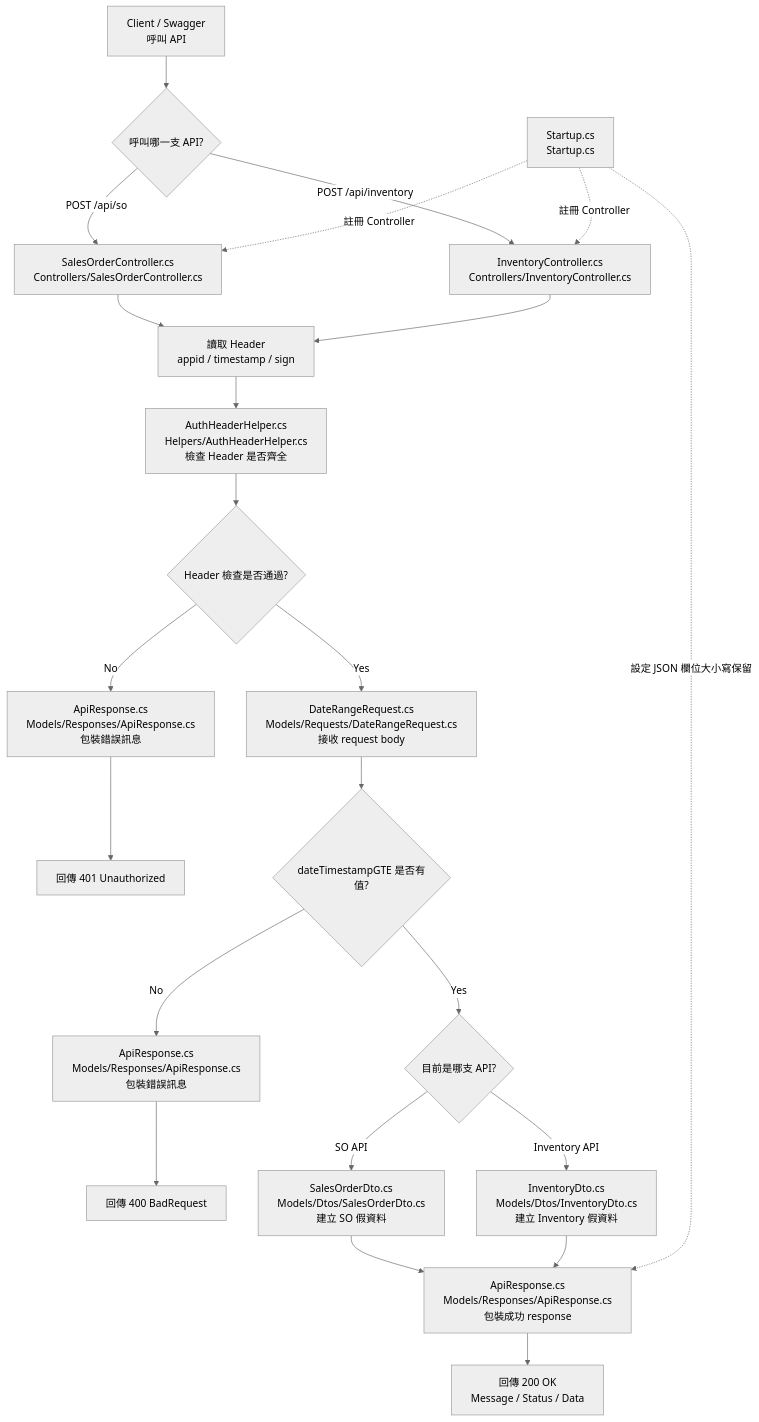
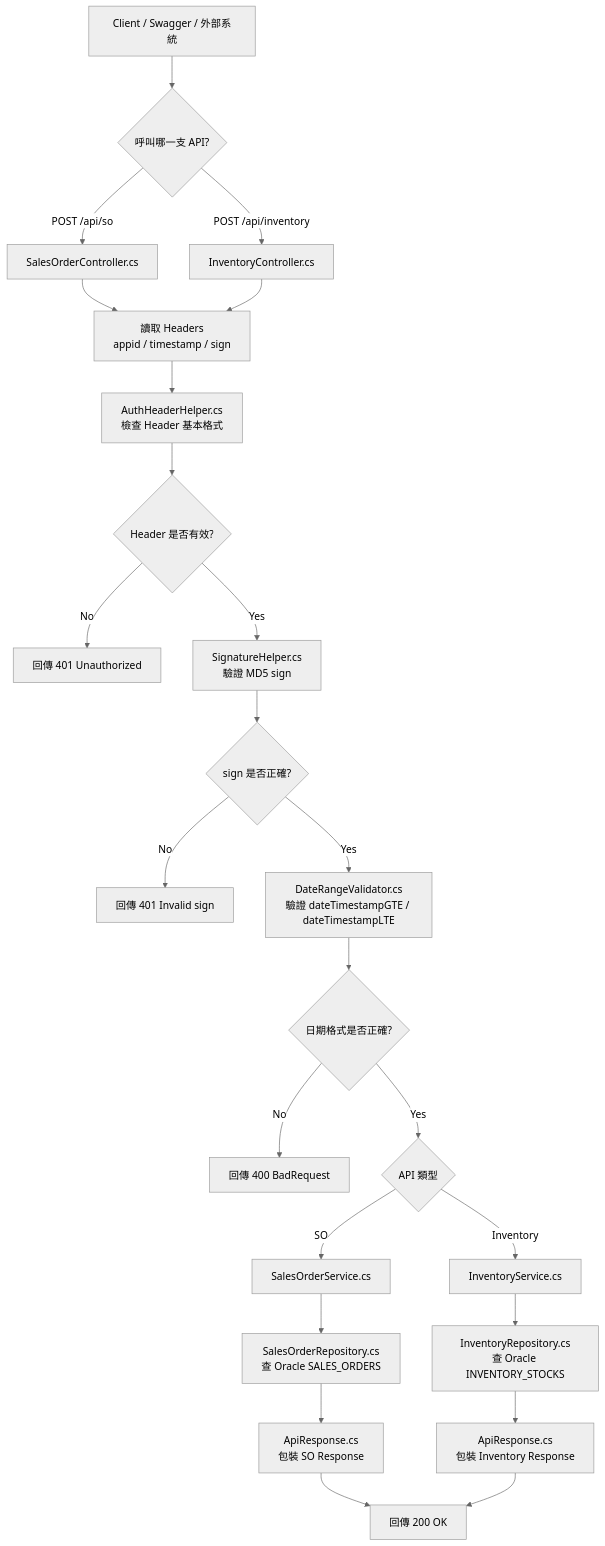
Before and after one commit to Vic428-human/WEBAPI2026: the first of 2 diagrams in WEBAPI2026/README.md, drawn with Mermaid (neutral theme). The commit also changed other lines of this file and 1 other file, not shown here.

````diff
--- a/WEBAPI2026/README.md
+++ b/WEBAPI2026/README.md
@@ -274,37 +129,36 @@
 ```mermaid
 flowchart TD
-    A[Client / Swagger<br/>呼叫 API] --> B{呼叫哪一支 API?}
+    A[Client / Swagger / 外部系統] --> B{呼叫哪一支 API?}
 
-    B -->|POST /api/so| C[SalesOrderController.cs<br/>Controllers/SalesOrderController.cs]
-    B -->|POST /api/inventory| D[InventoryController.cs<br/>Controllers/InventoryController.cs]
+    B -->|POST /api/so| C[SalesOrderController.cs]
+    B -->|POST /api/inventory| D[InventoryController.cs]
 
-    C --> E[讀取 Header<br/>appid / timestamp / sign]
+    C --> E[讀取 Headers<br/>appid / timestamp / sign]
     D --> E
 
-    E --> F[AuthHeaderHelper.cs<br/>Helpers/AuthHeaderHelper.cs<br/>檢查 Header 是否齊全]
-    F --> G{Header 檢查是否通過?}
+    E --> F[AuthHeaderHelper.cs<br/>檢查 Header 基本格式]
+    F --> G{Header 是否有效?}
 
-    G -->|No| H[ApiResponse.cs<br/>Models/Responses/ApiResponse.cs<br/>包裝錯誤訊息]
-    H --> I[回傳 401 Unauthorized]
+    G -->|No| H[回傳 401 Unauthorized]
+    G -->|Yes| I[SignatureHelper.cs<br/>驗證 MD5 sign]
 
-    G -->|Yes| J[DateRangeRequest.cs<br/>Models/Requests/DateRangeRequest.cs<br/>接收 request body]
+    I --> J{sign 是否正確?}
+    J -->|No| K[回傳 401 Invalid sign]
+    J -->|Yes| L[DateRangeValidator.cs<br/>驗證 dateTimestampGTE / dateTimestampLTE]
 
-    J --> K{dateTimestampGTE 是否有值?}
+    L --> M{日期格式是否正確?}
+    M -->|No| N[回傳 400 BadRequest]
+    M -->|Yes| O{API 類型}
 
-    K -->|No| L[ApiResponse.cs<br/>Models/Responses/ApiResponse.cs<br/>包裝錯誤訊息]
-    L --> M[回傳 400 BadRequest]
+    O -->|SO| P[SalesOrderService.cs]
+    O -->|Inventory| Q[InventoryService.cs]
 
-    K -->|Yes| N{目前是哪支 API?}
+    P --> R[SalesOrderRepository.cs<br/>查 Oracle SALES_ORDERS]
+    Q --> S[InventoryRepository.cs<br/>查 Oracle INVENTORY_STOCKS]
 
-    N -->|SO API| O[SalesOrderDto.cs<br/>Models/Dtos/SalesOrderDto.cs<br/>建立 SO 假資料]
-    N -->|Inventory API| P[InventoryDto.cs<br/>Models/Dtos/InventoryDto.cs<br/>建立 Inventory 假資料]
+    R --> T[ApiResponse.cs<br/>包裝 SO Response]
+    S --> U[ApiResponse.cs<br/>包裝 Inventory Response]
 
-    O --> Q[ApiResponse.cs<br/>Models/Responses/ApiResponse.cs<br/>包裝成功 response]
-    P --> Q
-
-    Q --> R[回傳 200 OK<br/>Message / Status / Data]
-
-    S[Startup.cs<br/>Startup.cs] -. 註冊 Controller .-> C
-    S -. 註冊 Controller .-> D
-    S -. 設定 JSON 欄位大小寫保留 .-> Q
+    T --> V[回傳 200 OK]
+    U --> V
 ```
````
